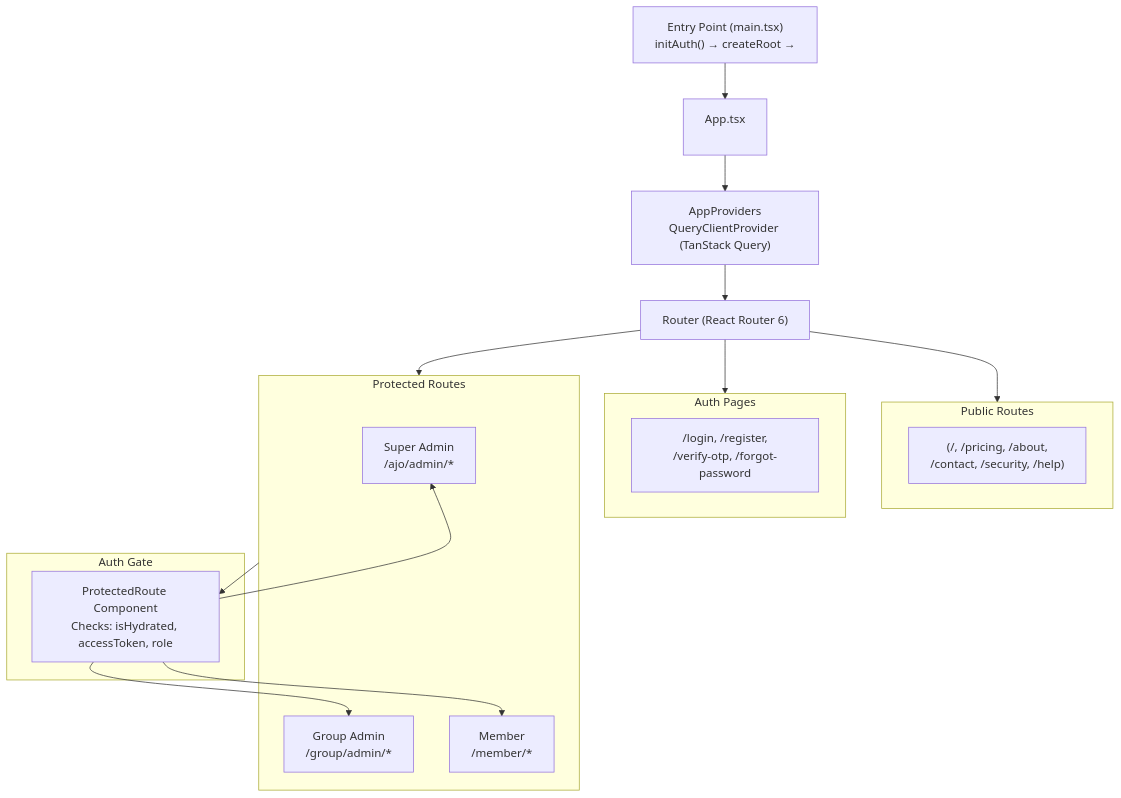
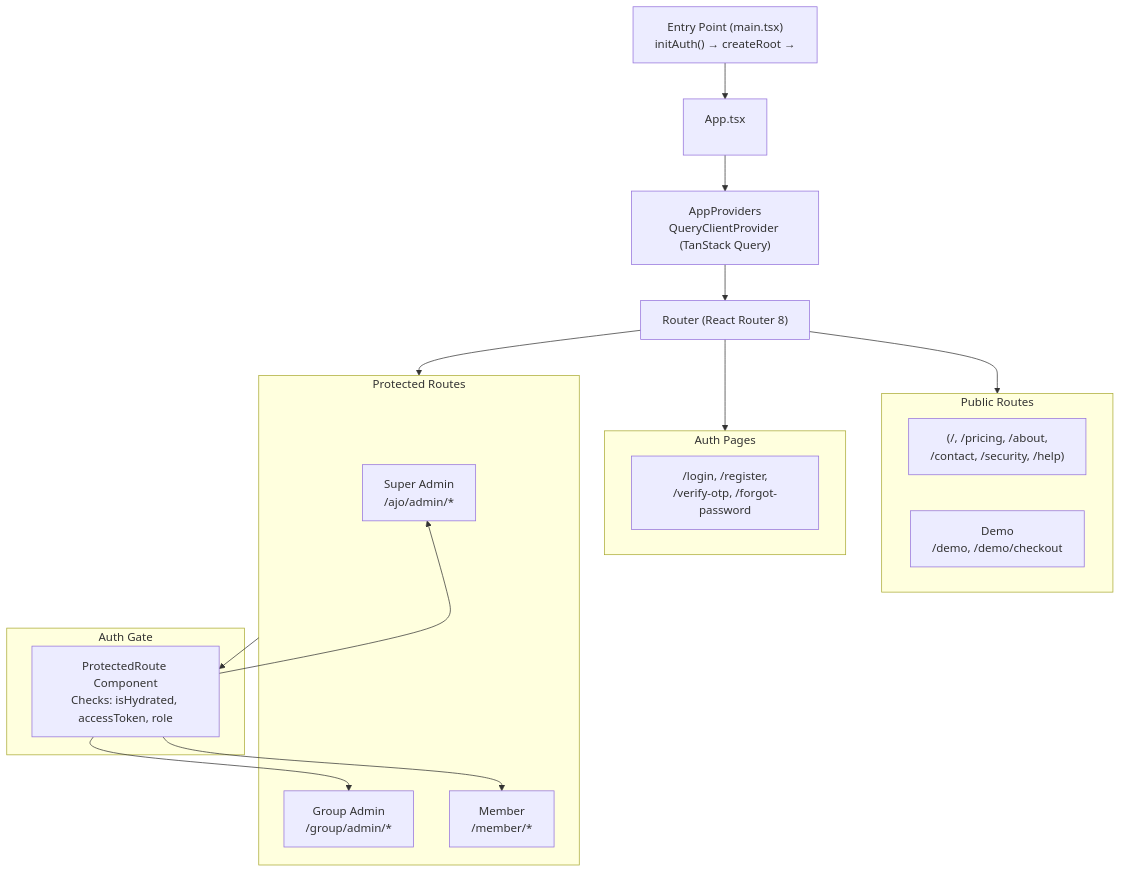
The first of 7 diagrams in docs/frontend-architecture.md (oyinlola-tech/kolo-nomba), drawn with Mermaid before and after one commit. The commit also changed other lines of this file and 7 other files, not shown here.

Commit message:
docs: rewrite demo-guide, update frontend-architecture, README, and all version references to match current codebase

````diff
--- a/docs/frontend-architecture.md
+++ b/docs/frontend-architecture.md
@@ -57,36 +69,37 @@
 ```mermaid
 flowchart TB
     Entry["Entry Point (main.tsx)\ninitAuth() → createRoot → <App />"]
     App["App.tsx\n<AppProviders>\n<RouterProvider router={router}>"]
     Providers["AppProviders\nQueryClientProvider (TanStack Query)"]
-    Router["Router (React Router 6)"]
+    Router["Router (React Router 8)"]
 
     subgraph Public["Public Routes"]
         Landing["(/, /pricing, /about,\n/contact, /security, /help)"]
+        Demo["Demo\n/demo, /demo/checkout"]
     end
 
     subgraph Auth["Auth Pages"]
         Login["/login, /register,\n/verify-otp, /forgot-password"]
     end
 
     subgraph Protected["Protected Routes"]
         SuperAdmin["Super Admin\n/ajo/admin/*"]
         GroupAdmin["Group Admin\n/group/admin/*"]
         Member["Member\n/member/*"]
     end
 
     subgraph Gate["Auth Gate"]
         ProtectedRoute["ProtectedRoute Component\nChecks: isHydrated, accessToken, role"]
     end
 
     Entry --> App
     App --> Providers
     Providers --> Router
     Router --> Public
     Router --> Auth
     Router --> Protected
     Protected --> ProtectedRoute
     ProtectedRoute --> SuperAdmin
     ProtectedRoute --> GroupAdmin
     ProtectedRoute --> Member
 ```
````
